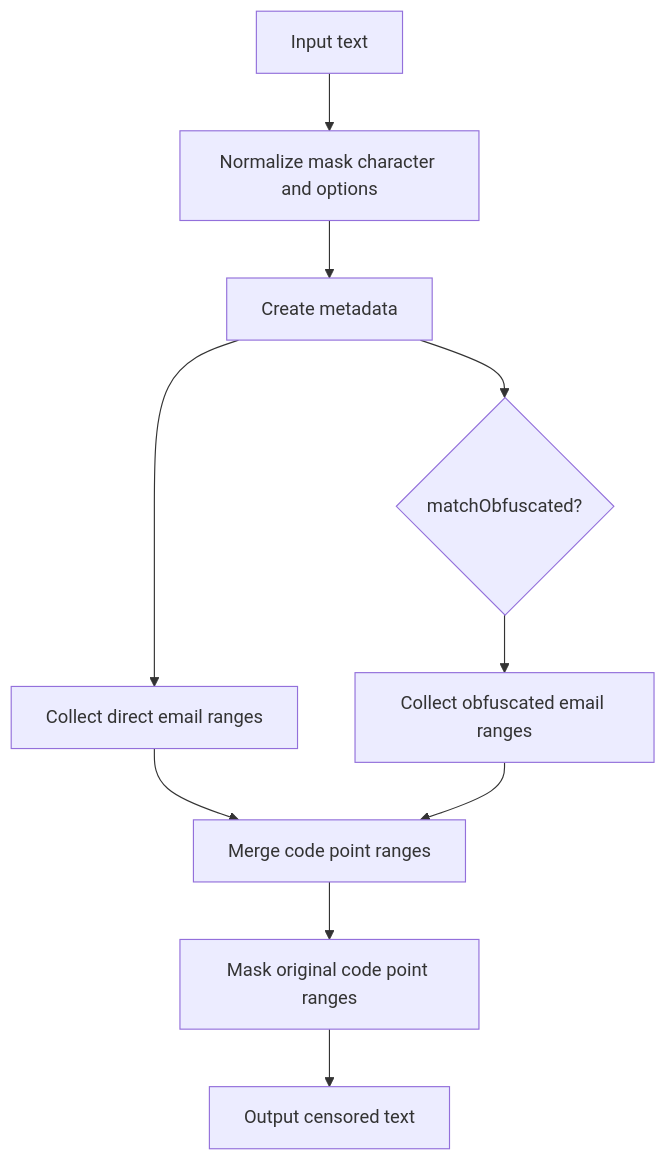
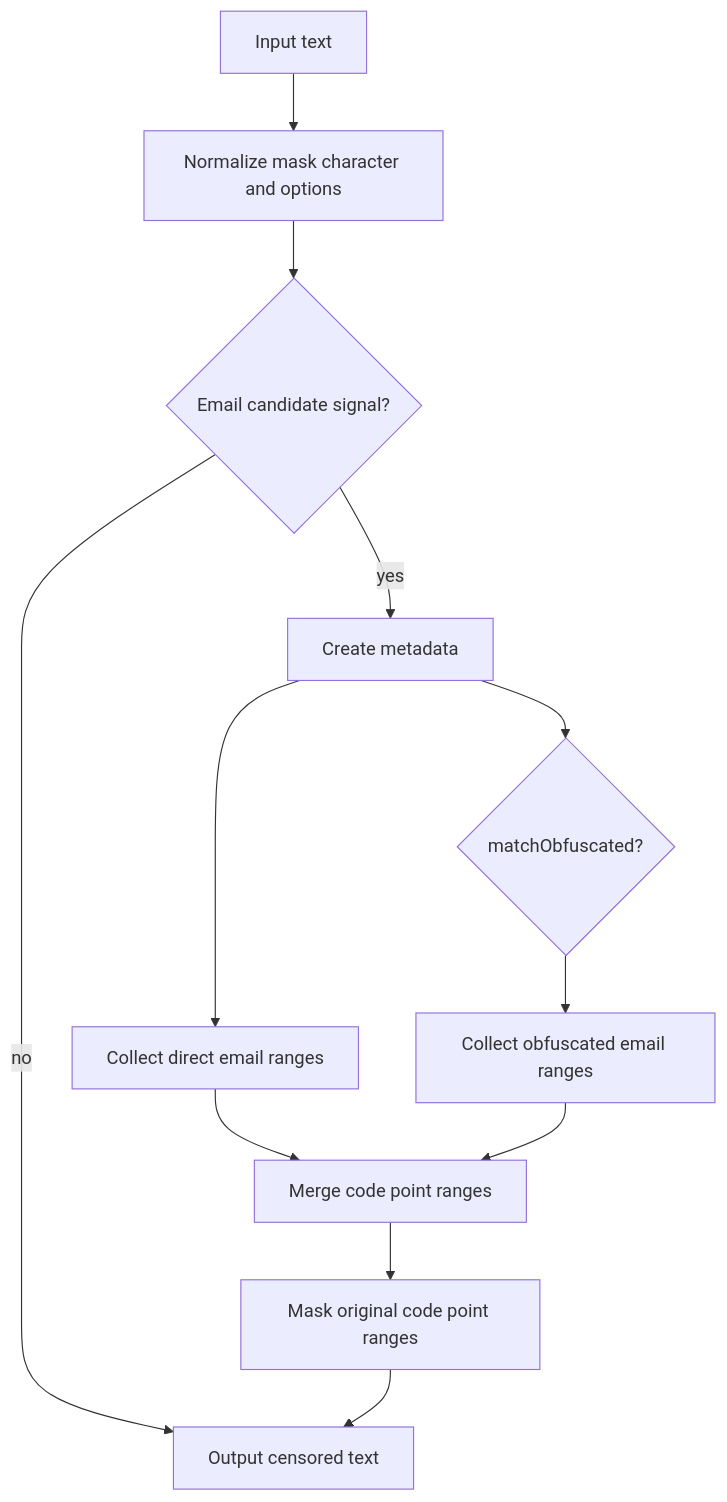
One commit to textfilters/email changed the first of 2 diagrams in docs/architecture.md. Above: the diagram before and after it, drawn with Mermaid. The commit also changed other lines of this file and 8 other files, not shown here.

First line of the commit message:
Introduce email scanner prefilter

````diff
--- a/docs/architecture.md
+++ b/docs/architecture.md
@@ -25,12 +27,14 @@
 ```mermaid
 flowchart TD
   input["Input text"] --> config["Normalize mask character and options"]
-  config --> meta["Create metadata"]
+  config --> prefilter{"Email candidate signal?"}
+  prefilter -->|yes| meta["Create metadata"]
+  prefilter -->|no| output
   meta --> direct["Collect direct email ranges"]
   meta --> obfuscated{"matchObfuscated?"}
   obfuscated --> obfuscatedScan["Collect obfuscated email ranges"]
   direct --> merge["Merge code point ranges"]
   obfuscatedScan --> merge
   merge --> mask["Mask original code point ranges"]
   mask --> output["Output censored text"]
 ```
````
